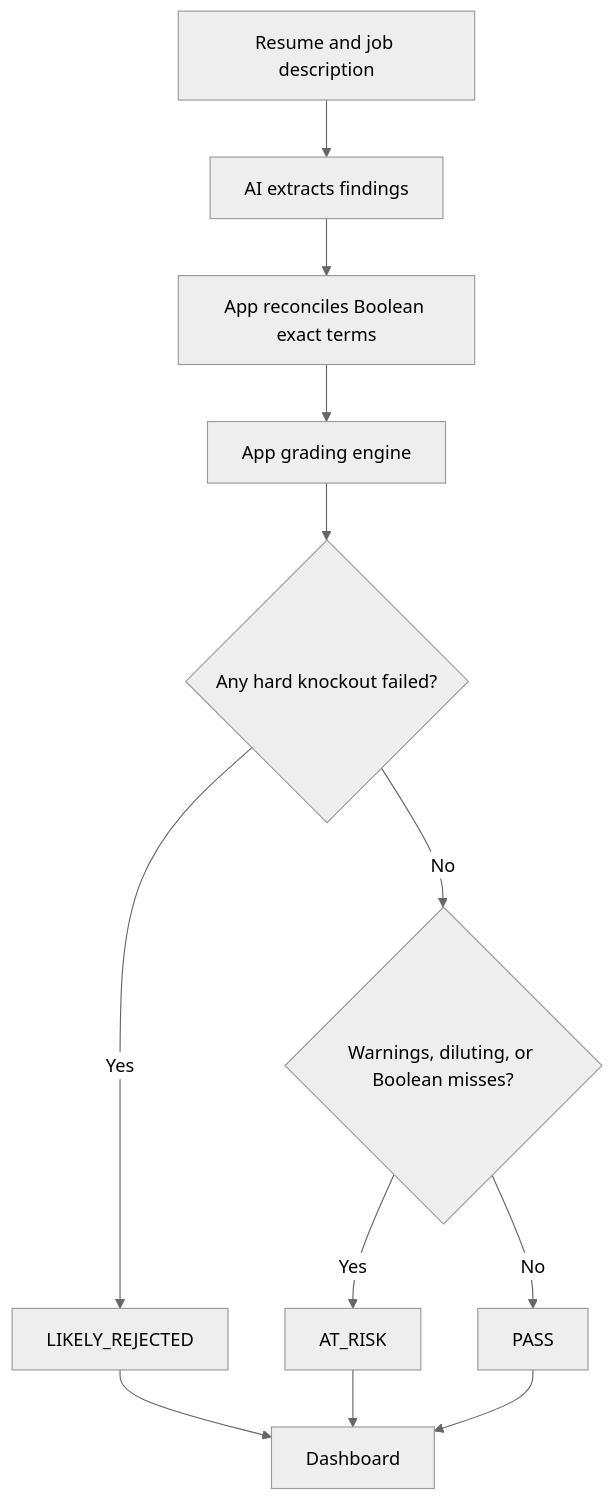
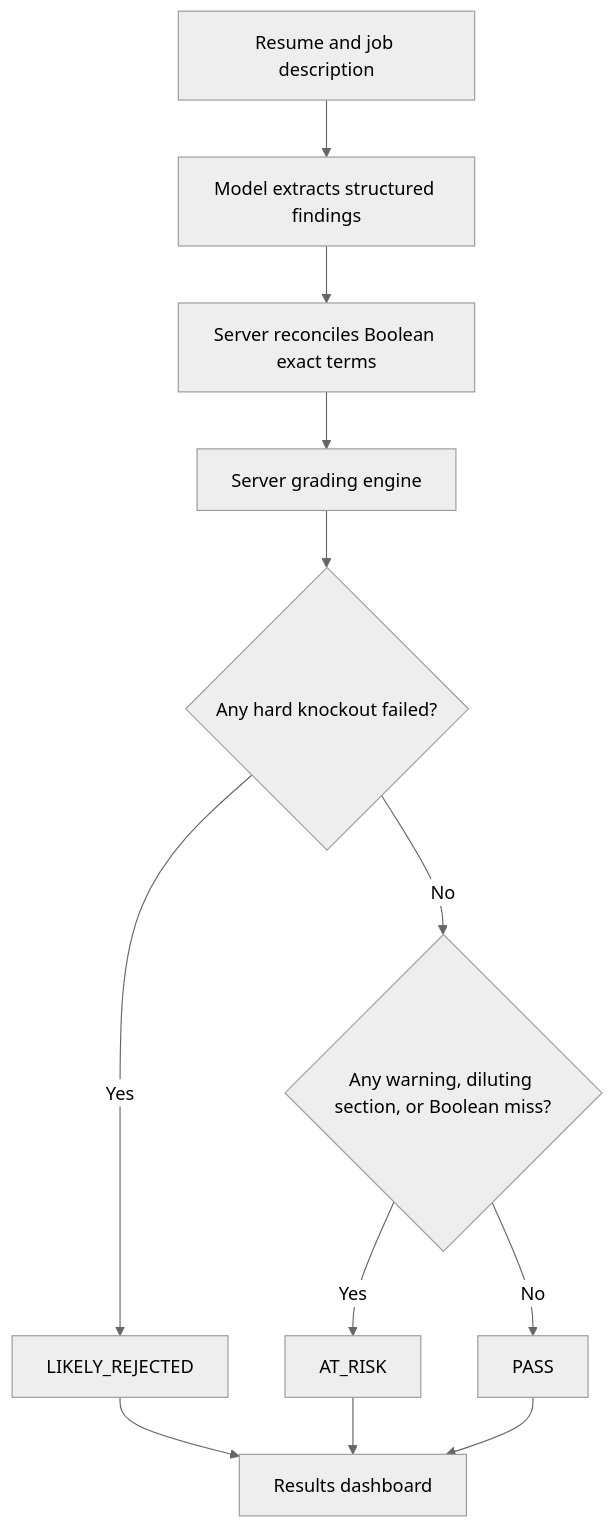
The sixth of 8 diagrams in spec.md (mstvn0/cvscrutineer), drawn with Mermaid (neutral theme) before and after one commit. The commit also changed other lines of this file and 3 other files, not shown here.

Commit message:
docs: align diagrams and PASS wording with server grading

````diff
--- a/spec.md
+++ b/spec.md
@@ -198,14 +202,14 @@
 ```mermaid
 graph TD
-  IN[Resume and job description] --> AI[AI extracts findings]
-  AI --> Bool[App reconciles Boolean exact terms]
-  Bool --> Grade[App grading engine]
+  IN[Resume and job description] --> AI[Model extracts structured findings]
+  AI --> Bool[Server reconciles Boolean exact terms]
+  Bool --> Grade[Server grading engine]
   Grade --> C{Any hard knockout failed?}
   C -->|Yes| R[LIKELY_REJECTED]
-  C -->|No| D{Warnings, diluting, or Boolean misses?}
+  C -->|No| D{Any warning, diluting section, or Boolean miss?}
   D -->|Yes| A[AT_RISK]
   D -->|No| P[PASS]
-  R --> UI[Dashboard]
+  R --> UI[Results dashboard]
   A --> UI
   P --> UI
 ```
````
